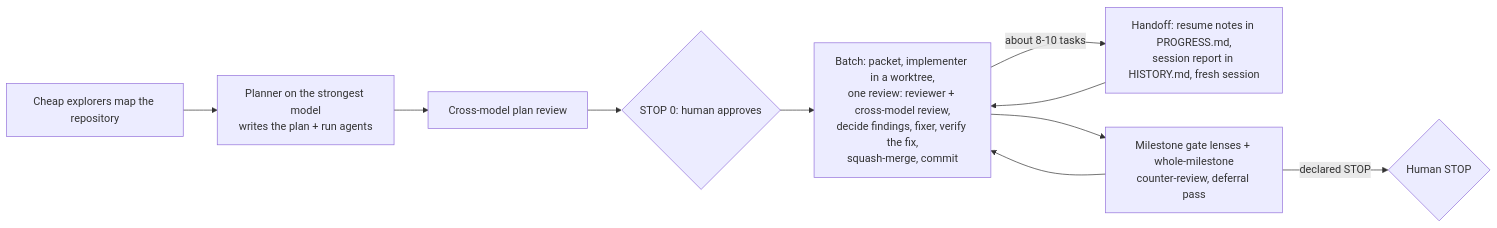
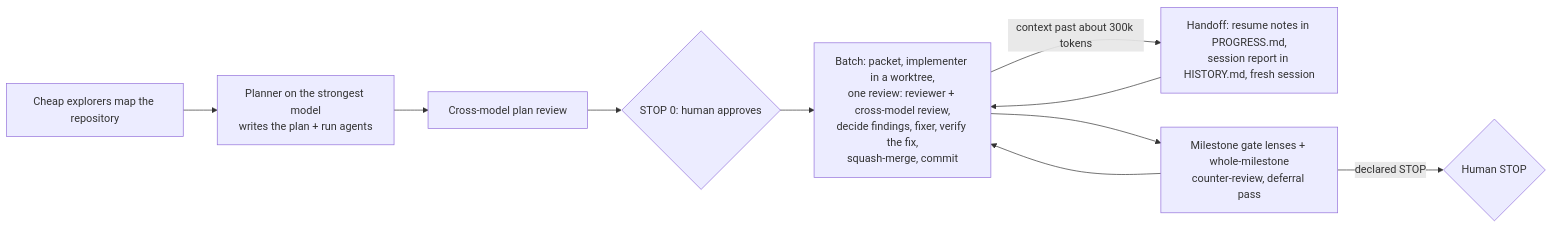
Before and after one commit to Aroton/ArchflowV2: the second of 3 diagrams in docs/workflow/SKILLS.md, drawn with Mermaid. The commit also changed other lines of this file and 12 other files, not shown here.

````diff
--- a/docs/workflow/SKILLS.md
+++ b/docs/workflow/SKILLS.md
@@ -47,12 +47,12 @@
 ```mermaid
 flowchart LR
   X["Cheap explorers map the repository"] --> P["Planner on the strongest model<br/>writes the plan + run agents"]
   P --> R0["Cross-model plan review"]
   R0 --> S0{"STOP 0: human approves"}
   S0 --> B["Batch: packet, implementer in a worktree,<br/>one review: reviewer + cross-model review,<br/>decide findings, fixer, verify the fix,<br/>squash-merge, commit"]
-  B -->|"about 8-10 tasks"| H["Handoff: resume notes in PROGRESS.md,<br/>session report in HISTORY.md, fresh session"]
+  B -->|"context past about 300k tokens"| H["Handoff: resume notes in PROGRESS.md,<br/>session report in HISTORY.md, fresh session"]
   H --> B
   B --> G["Milestone gate lenses + whole-milestone<br/>counter-review, deferral pass"]
   G -->|declared STOP| S1{"Human STOP"}
   G --> B
 ```
````
